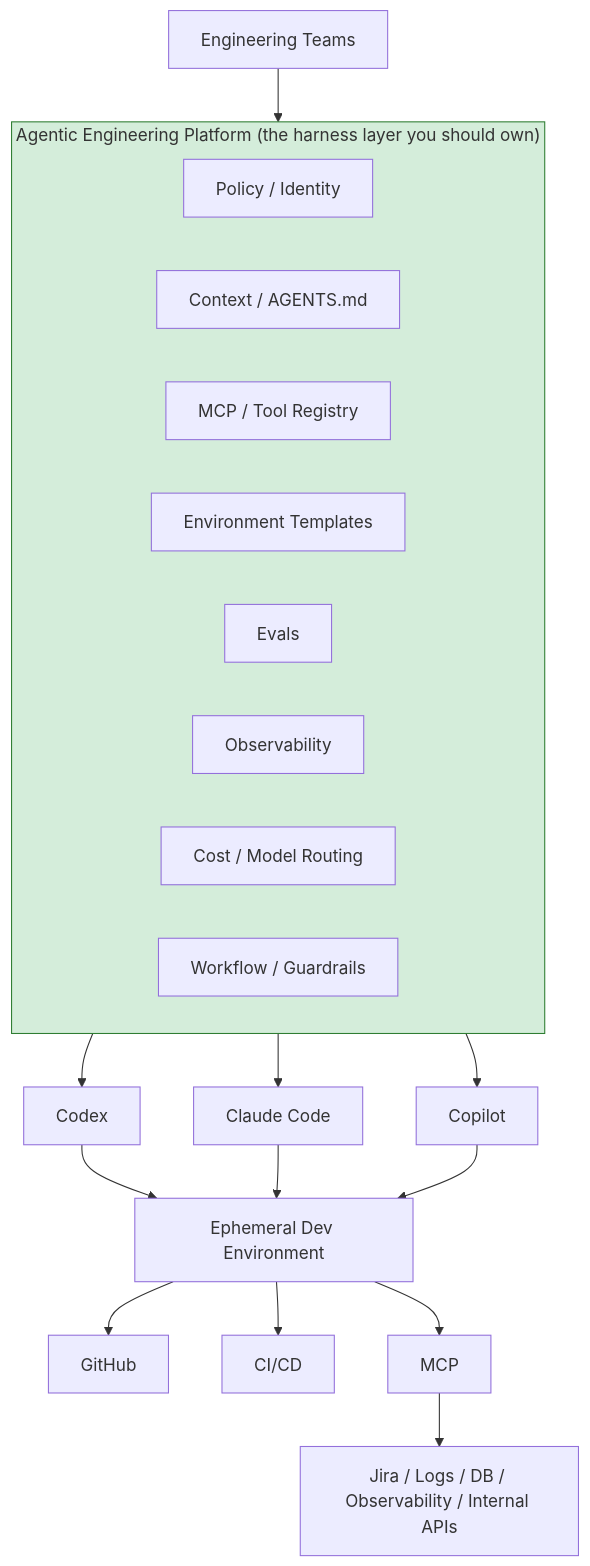
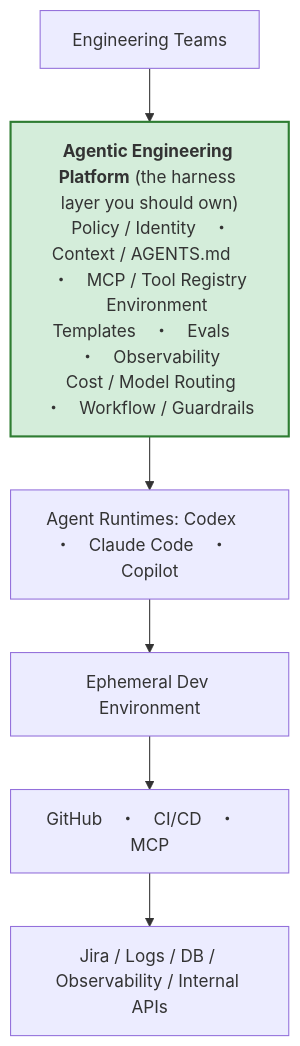
Before and after one commit to fantasybz/medium-articles: the sixth of 8 diagrams in 2026-09-agentic-engineering-platform/article.en.md, drawn with Mermaid. The commit also changed other lines of this file and 26 other files, not shown here.

First line of the commit message:
Redraw the remaining wide and tall diagrams across all four articles

````diff
--- a/2026-09-agentic-engineering-platform/article.en.md
+++ b/2026-09-agentic-engineering-platform/article.en.md
@@ -272,26 +281,14 @@
 ```mermaid
 flowchart TB
-    TEAMS["Engineering Teams"] --> PLATFORM
-    subgraph PLATFORM["Agentic Engineering Platform (the harness layer you should own)"]
-        direction LR
-        P1["Policy / Identity"]
-        P2["Context / AGENTS.md"]
-        P3["MCP / Tool Registry"]
-        P4["Environment Templates"]
-        P5["Evals"]
-        P6["Observability"]
-        P7["Cost / Model Routing"]
-        P8["Workflow / Guardrails"]
-    end
-    PLATFORM --> CODEX["Codex"]
-    PLATFORM --> CLAUDE["Claude Code"]
-    PLATFORM --> COPILOT["Copilot"]
-    CODEX --> ENV["Ephemeral Dev Environment"]
-    CLAUDE --> ENV
-    COPILOT --> ENV
-    ENV --> GH["GitHub"]
-    ENV --> CI["CI/CD"]
-    ENV --> MCP["MCP"]
-    MCP --> INT["Jira / Logs / DB / Observability / Internal APIs"]
-    style PLATFORM fill:#d4edda,stroke:#2e7d32
+    TEAMS["Engineering Teams"]
+    PLATFORM["<b>Agentic Engineering Platform</b> (the harness layer you should own)
+    Policy / Identity　・　Context / AGENTS.md　・　MCP / Tool Registry
+    Environment Templates　・　Evals　・　Observability
+    Cost / Model Routing　・　Workflow / Guardrails"]
+    RT["Agent Runtimes: Codex　・　Claude Code　・　Copilot"]
+    ENV["Ephemeral Dev Environment"]
+    OUT["GitHub　・　CI/CD　・　MCP"]
+    INT["Jira / Logs / DB / Observability / Internal APIs"]
+    TEAMS --> PLATFORM --> RT --> ENV --> OUT --> INT
+    style PLATFORM fill:#d4edda,stroke:#2e7d32,stroke-width:2px
 ```
````
